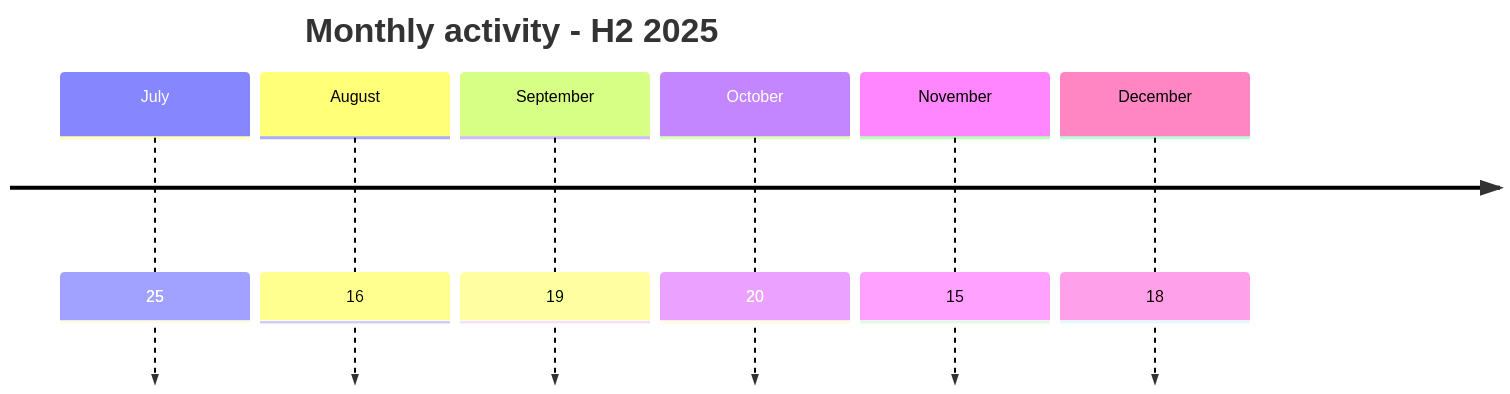
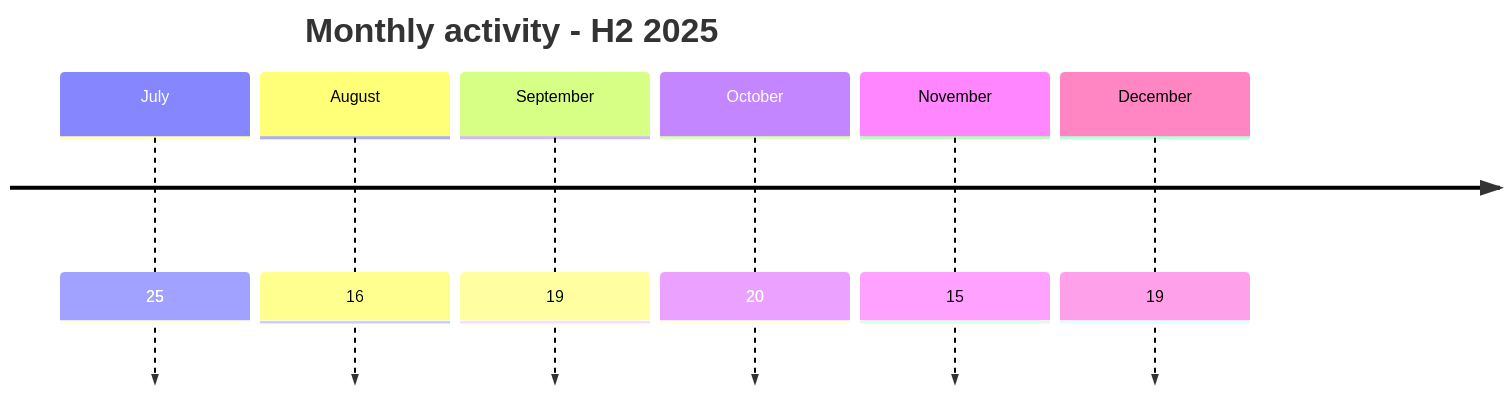
One commit to Hatchepsoute/AFRINTEL changed the first of 2 diagrams in CyberAttackAfrica/2025/README_H2.md. Above: the diagram before and after it, drawn with Mermaid. The commit also changed other lines of this file and 30 other files, not shown here.

````diff
--- a/CyberAttackAfrica/2025/README_H2.md
+++ b/CyberAttackAfrica/2025/README_H2.md
@@ -96,10 +96,10 @@
 ```mermaid
 timeline
     title Monthly activity - H2 2025
     July : 25
     August : 16
     September : 19
     October : 20
     November : 15
-    December : 18
+    December : 19
 ```
````
